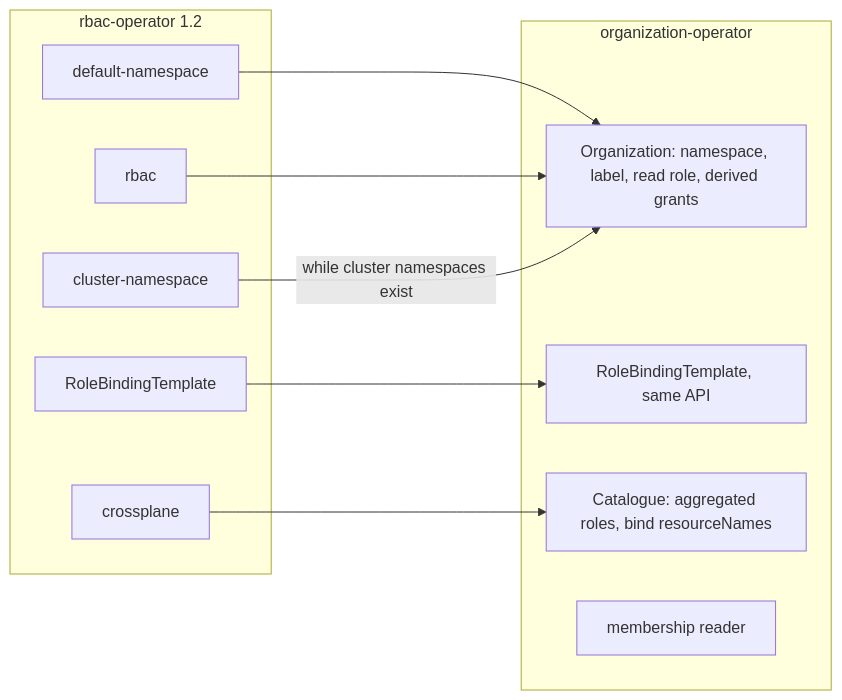
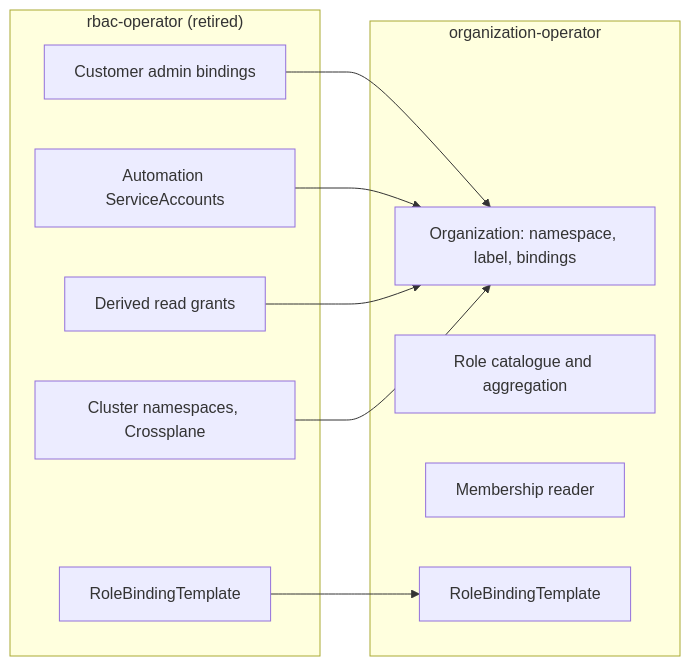
One commit to giantswarm/rfc changed the fourth of 5 diagrams in organization-roles/README.md. Above: the diagram before and after it, drawn with Mermaid. The commit also changed other lines of this file, not shown here.

First line of the commit message:
Restructure organization-roles RFC for readability and a two-step rollout

````diff
--- a/organization-roles/README.md
+++ b/organization-roles/README.md
@@ -198,21 +126,21 @@
 ```mermaid
 flowchart LR
-  subgraph today["rbac-operator 1.2"]
-    D1[default-namespace]
-    D2[rbac]
-    D3[cluster-namespace]
-    D4[crossplane]
-    D5[RoleBindingTemplate]
+  subgraph rbac["rbac-operator (retired)"]
+    R1[Customer admin bindings]
+    R2[Automation ServiceAccounts]
+    R3[Derived read grants]
+    R4[RoleBindingTemplate]
+    R5[Cluster namespaces, Crossplane]
   end
-  subgraph merged["organization-operator"]
-    M1[Organization: namespace, label, read role, derived grants]
-    M2[RoleBindingTemplate, same API]
-    M3[Catalogue: aggregated roles, bind resourceNames]
-    M4[membership reader]
+  subgraph org["organization-operator"]
+    O1[Organization: namespace, label, bindings]
+    O2[Role catalogue and aggregation]
+    O3[Membership reader]
+    O4[RoleBindingTemplate]
   end
-  D5 --> M2
-  D1 --> M1
-  D2 --> M1
-  D3 -->|while cluster namespaces exist| M1
-  D4 --> M3
+  R1 --> O1
+  R2 --> O1
+  R3 --> O1
+  R4 --> O4
+  R5 --> O1
 ```
````
